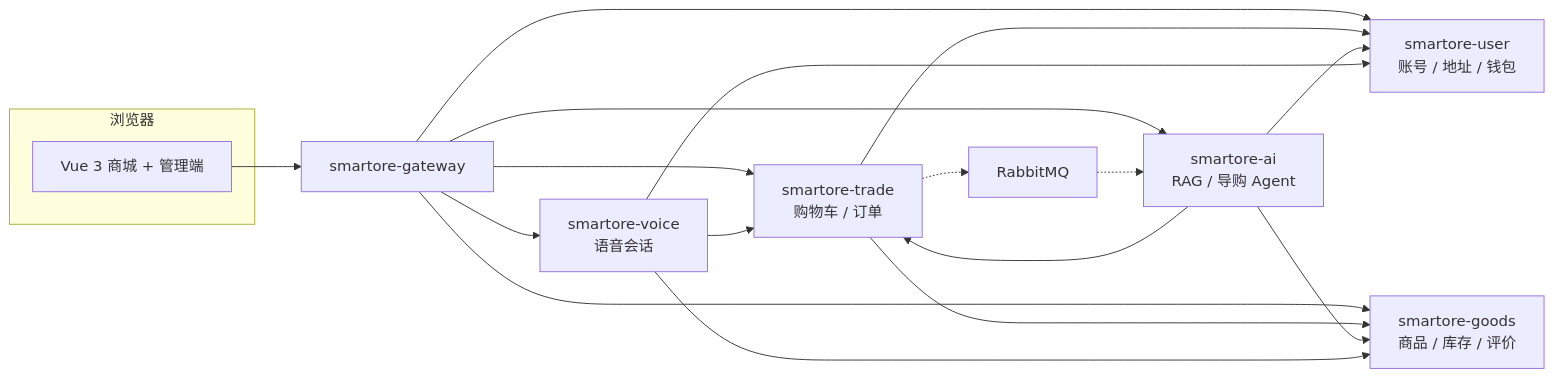
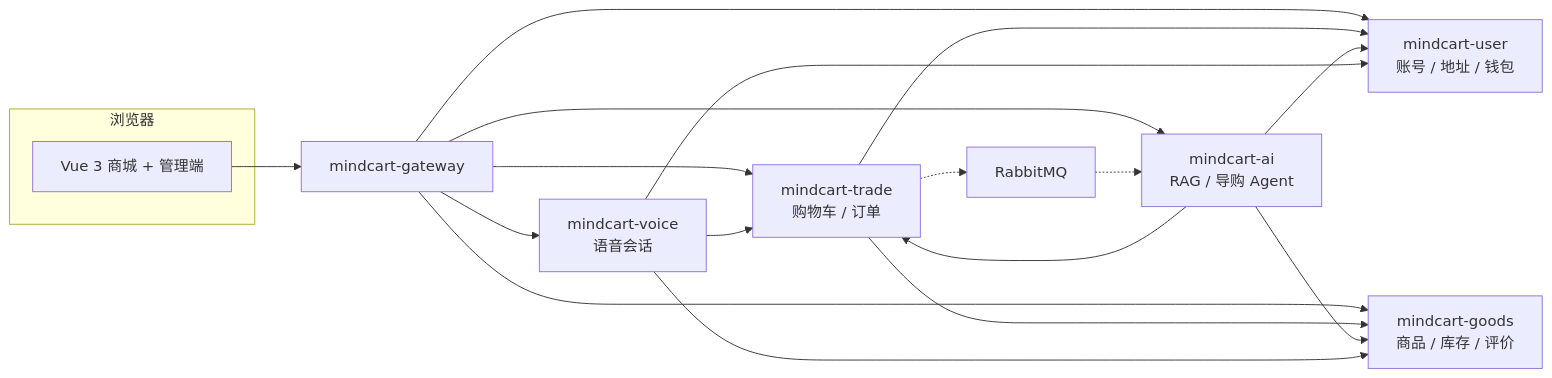
Before and after one commit to LittleSongxx/MindCart: the diagram in README.md, drawn with Mermaid. The commit also changed other lines of this file and 18 other files, not shown here.

First line of the commit message:
docs: README 加线上演示地址，9 张截图按 MindCart 品牌全量重拍

````diff
--- a/README.md
+++ b/README.md
@@ -107,22 +109,22 @@
 ```mermaid
 flowchart LR
   subgraph edge [浏览器]
     Web["Vue 3 商城 + 管理端"]
   end
-  Web --> GW["smartore-gateway"]
-  GW --> User["smartore-user\n账号 / 地址 / 钱包"]
-  GW --> Goods["smartore-goods\n商品 / 库存 / 评价"]
-  GW --> Trade["smartore-trade\n购物车 / 订单"]
-  GW --> AI["smartore-ai\nRAG / 导购 Agent"]
-  GW --> Voice["smartore-voice\n语音会话"]
+  Web --> GW["mindcart-gateway"]
+  GW --> User["mindcart-user\n账号 / 地址 / 钱包"]
+  GW --> Goods["mindcart-goods\n商品 / 库存 / 评价"]
+  GW --> Trade["mindcart-trade\n购物车 / 订单"]
+  GW --> AI["mindcart-ai\nRAG / 导购 Agent"]
+  GW --> Voice["mindcart-voice\n语音会话"]
   Trade --> Goods
   Trade --> User
   AI --> Goods
   AI --> User
   AI --> Trade
   Voice --> Goods
   Voice --> User
   Voice --> Trade
   Trade -.-> MQ["RabbitMQ"]
   MQ -.-> AI
 ```
````
